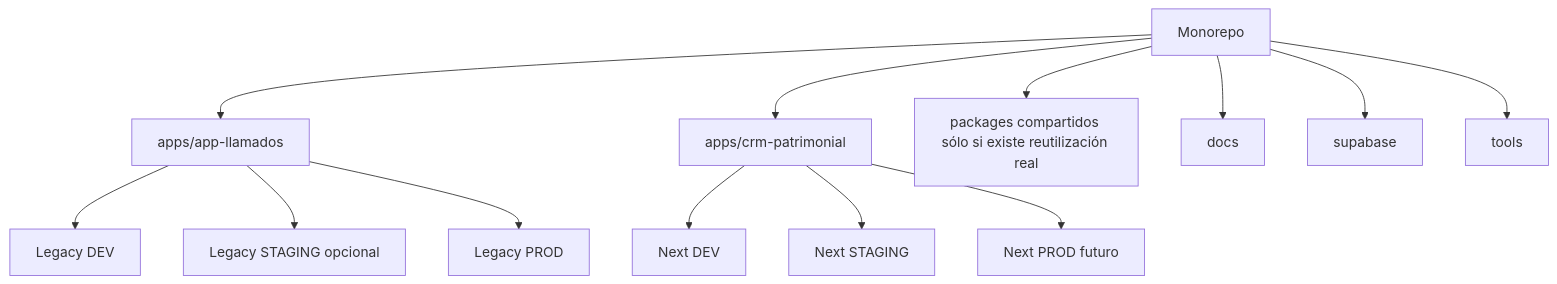
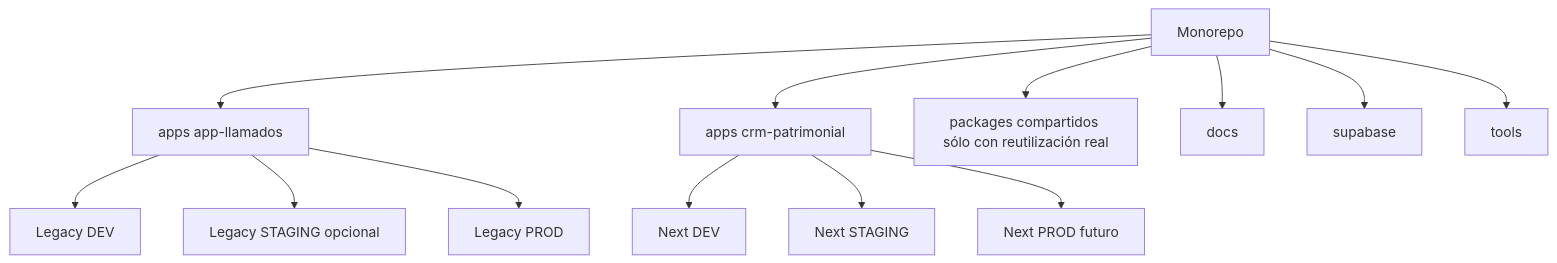
One commit to guilledpn/KNwS7F_2a2LZ7MS changed the second of 2 diagrams in docs/architecture/product-environment-deployment-matrix.md. Above: the diagram before and after it, drawn with Mermaid. The commit also changed other lines of this file, not shown here.

Commit message:
docs(architecture): reconciliar LCD de matriz de ambientes

````diff
--- a/docs/architecture/product-environment-deployment-matrix.md
+++ b/docs/architecture/product-environment-deployment-matrix.md
@@ -49,18 +53,18 @@
 ```mermaid
 flowchart TB
     MONO[Monorepo]
-    MONO --> LEGACY[apps/app-llamados]
-    MONO --> NEXT[apps/crm-patrimonial]
-    MONO --> SHARED[packages compartidos sólo si existe reutilización real]
+    MONO --> LEGACY[apps app-llamados]
+    MONO --> NEXT[apps crm-patrimonial]
+    MONO --> SHARED[packages compartidos sólo con reutilización real]
     MONO --> DOCS[docs]
     MONO --> DB[supabase]
     MONO --> TOOLS[tools]
 
     LEGACY --> LDEV[Legacy DEV]
     LEGACY --> LSTG[Legacy STAGING opcional]
     LEGACY --> LPROD[Legacy PROD]
 
     NEXT --> NDEV[Next DEV]
     NEXT --> NSTG[Next STAGING]
     NEXT --> NPROD[Next PROD futuro]
 ```
````
